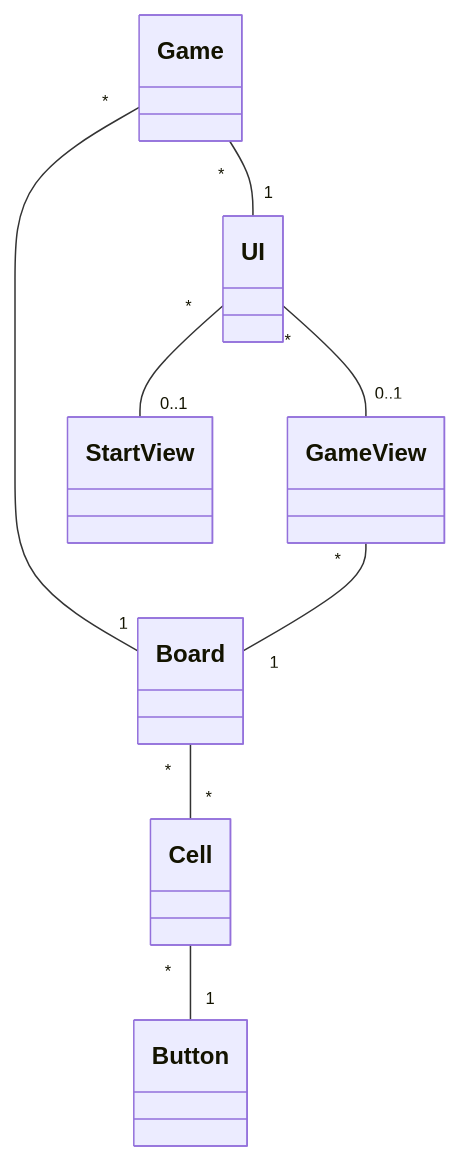
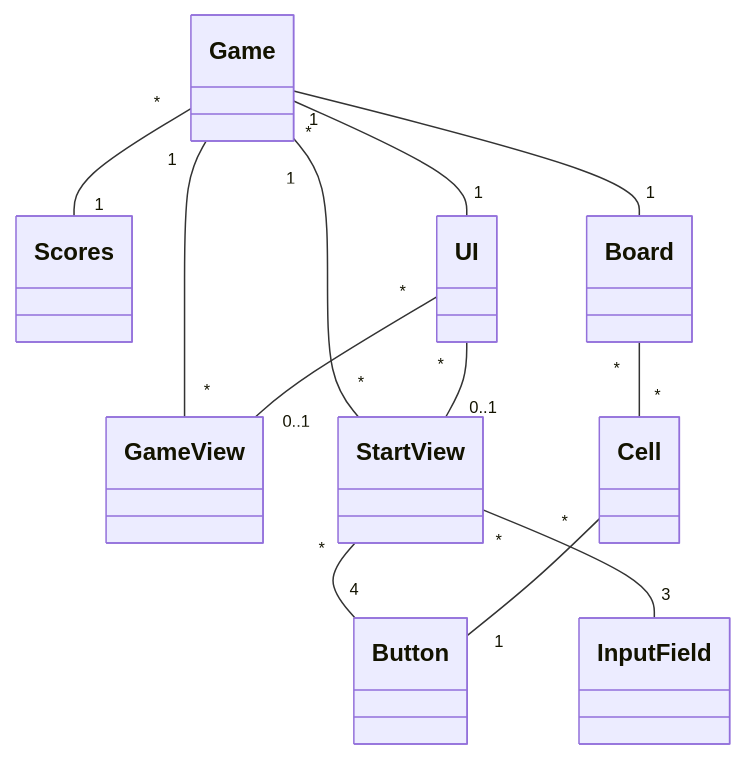
Before and after one commit to Codboez/ot-harjoitustyo: the second of 4 diagrams in dokumentaatio/arkkitehtuuri.md, drawn with Mermaid. The commit also changed other lines of this file, not shown here.

````diff
--- a/dokumentaatio/arkkitehtuuri.md
+++ b/dokumentaatio/arkkitehtuuri.md
@@ -2,10 +32,14 @@
 ```mermaid
 classDiagram
+  Game "*" -- "1" Scores
+  GameView "*" -- "1" Game
   Game "*" -- "1" UI
-  Game "*" -- "1" Board
+  Game "1" -- "1" Board
   Board "*" -- "*" Cell
   Cell "*" -- "1" Button
   UI "*" -- "0..1" GameView
-  UI "*" -- "0..1" StartView
-  GameView "*" -- "1" Board
+  UI "*" -- "0..1" StartView 
+  StartView "*" -- "1" Game
+  StartView "*" -- "3" InputField
+  StartView "*" -- "4" Button
 ```
````
